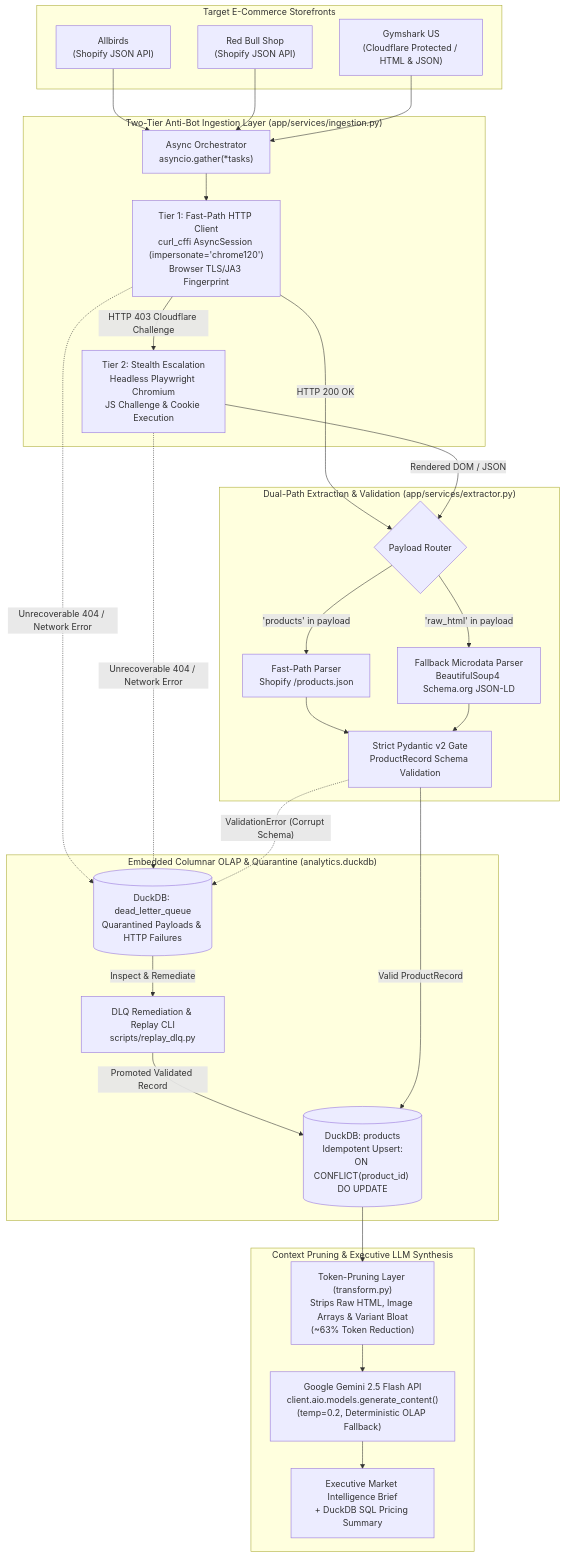
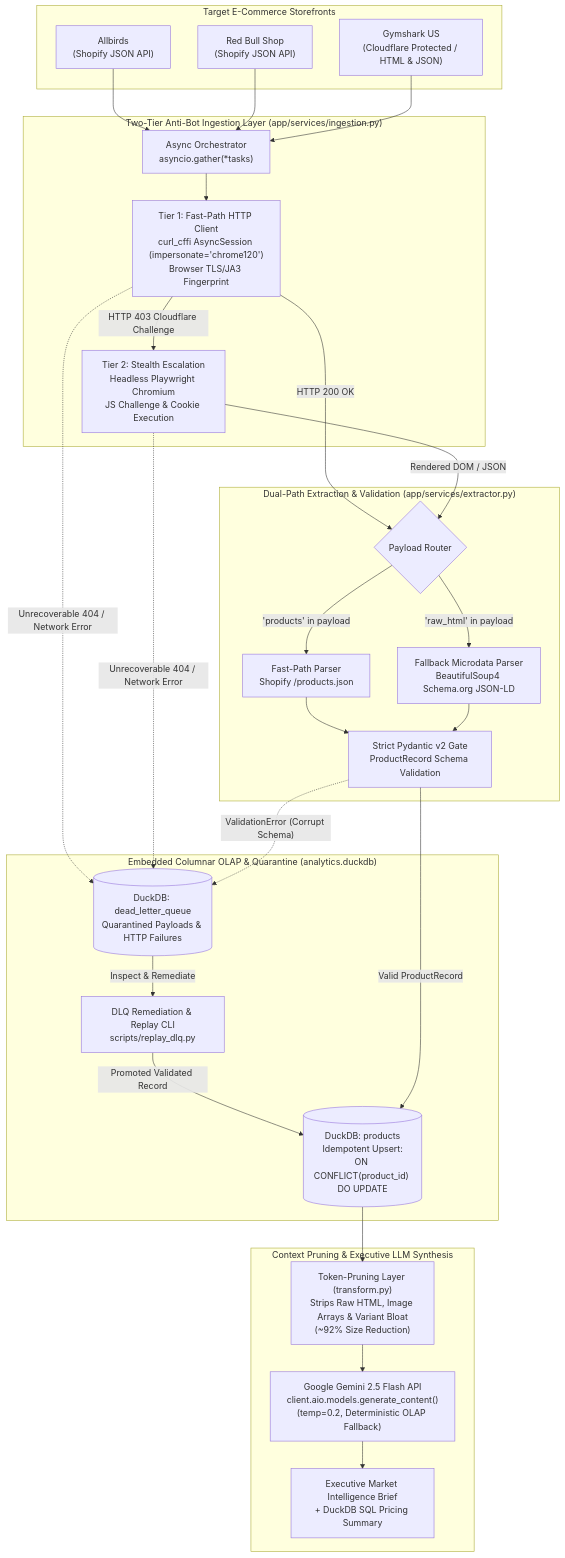
One commit to MohamedYassinYahyaoui/Automated-Competitor-Intelligence-Engine changed the diagram in README.md. Above: the diagram before and after it, drawn with Mermaid. The commit also changed other lines of this file and 4 other files, not shown here.

````diff
--- a/README.md
+++ b/README.md
@@ -15,49 +15,49 @@
 ```mermaid
 flowchart TD
     subgraph Targets["Target E-Commerce Storefronts"]
         T1["Allbirds<br/>(Shopify JSON API)"]
         T2["Red Bull Shop<br/>(Shopify JSON API)"]
         T3["Gymshark US<br/>(Cloudflare Protected / HTML & JSON)"]
     end
 
     subgraph Ingestion["Two-Tier Anti-Bot Ingestion Layer (app/services/ingestion.py)"]
         Orch["Async Orchestrator<br/>asyncio.gather(*tasks)"]
         FastPath["Tier 1: Fast-Path HTTP Client<br/>curl_cffi AsyncSession (impersonate='chrome120')<br/>Browser TLS/JA3 Fingerprint"]
         StealthPath["Tier 2: Stealth Escalation<br/>Headless Playwright Chromium<br/>JS Challenge & Cookie Execution"]
         Orch --> FastPath
         FastPath -->|"HTTP 403 Cloudflare Challenge"| StealthPath
     end
 
     subgraph Extraction["Dual-Path Extraction & Validation (app/services/extractor.py)"]
         Router{"Payload Router"}
         JSON_Ext["Fast-Path Parser<br/>Shopify /products.json"]
         HTML_Ext["Fallback Microdata Parser<br/>BeautifulSoup4 Schema.org JSON-LD"]
         Pydantic["Strict Pydantic v2 Gate<br/>ProductRecord Schema Validation"]
         Router -->|"'products' in payload"| JSON_Ext
         Router -->|"'raw_html' in payload"| HTML_Ext
         JSON_Ext & HTML_Ext --> Pydantic
     end
 
     subgraph Storage["Embedded Columnar OLAP & Quarantine (analytics.duckdb)"]
         DuckDB_Main[("DuckDB: products<br/>Idempotent Upsert:<br/>ON CONFLICT(product_id) DO UPDATE")]
         DuckDB_DLQ[("DuckDB: dead_letter_queue<br/>Quarantined Payloads & HTTP Failures")]
         ReplayCLI["DLQ Remediation & Replay CLI<br/>scripts/replay_dlq.py"]
         DuckDB_DLQ -->|"Inspect & Remediate"| ReplayCLI
         ReplayCLI -->|"Promoted Validated Record"| DuckDB_Main
     end
 
     subgraph Synthesis["Context Pruning & Executive LLM Synthesis"]
-        Pruner["Token-Pruning Layer (transform.py)<br/>Strips Raw HTML, Image Arrays & Variant Bloat<br/>(~63% Token Reduction)"]
+        Pruner["Token-Pruning Layer (transform.py)<br/>Strips Raw HTML, Image Arrays & Variant Bloat<br/>(~92% Size Reduction)"]
         Gemini["Google Gemini 2.5 Flash API<br/>client.aio.models.generate_content()<br/>(temp=0.2, Deterministic OLAP Fallback)"]
         Report["Executive Market Intelligence Brief<br/>+ DuckDB SQL Pricing Summary"]
         Pruner --> Gemini --> Report
     end
 
     T1 & T2 & T3 --> Orch
     FastPath -->|"HTTP 200 OK"| Router
     StealthPath -->|"Rendered DOM / JSON"| Router
     FastPath & StealthPath -.->|"Unrecoverable 404 / Network Error"| DuckDB_DLQ
     Pydantic -->|"Valid ProductRecord"| DuckDB_Main
     Pydantic -.->|"ValidationError (Corrupt Schema)"| DuckDB_DLQ
     DuckDB_Main --> Pruner
 ```
````
